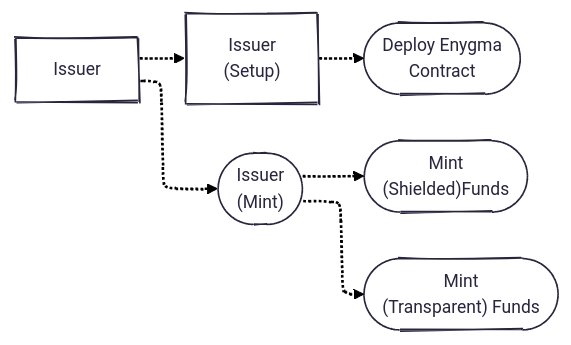
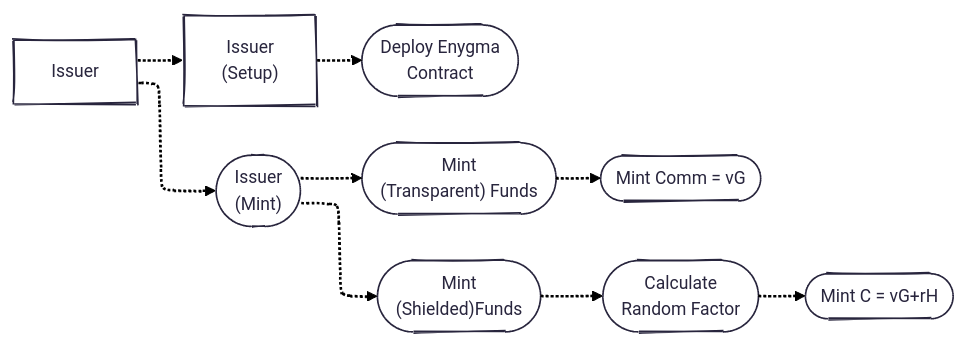
Before and after one commit to raylsnetwork/Enygma: the second of 5 diagrams in enygma_payments/README.md, drawn with Mermaid. The commit also changed other lines of this file, not shown here.

````diff
--- a/enygma_payments/README.md
+++ b/enygma_payments/README.md
@@ -49,27 +42,32 @@
 ```mermaid
 ---
 config:
   theme: redux
   layout: elk
   look: handDrawn
 ---
 flowchart LR
 
     %% Entities
     issuer["Issuer"]
 
     %% I (Setup)
     i_setup["Issuer<br>(Setup)"]
     deploy(["Deploy Enygma<br>Contract"])
 
     %% I (Mint)
     i_mint(["Issuer<br>(Mint)"])
+    mint_transparent(["Mint<br>(Transparent) Funds"])
+    mint_ttx(["Mint Comm = vG"])
     mint_shield(["Mint<br>(Shielded)Funds"])
-    mint_transparent(["Mint<br>(Transparent) Funds"])
+    calculate_r(["Calculate<br>Random Factor"])
+    mint_stx(["Mint C = vG+rH"])
+
 
     %% Flow Connections
     issuer -.-> i_setup & i_mint
     i_setup -.-> deploy
-    i_mint -.-> mint_shield & mint_transparent
+    i_mint -.-> mint_transparent -.-> mint_ttx
+    i_mint -.-> mint_shield -.-> calculate_r -.-> mint_stx
 
 ```
````
